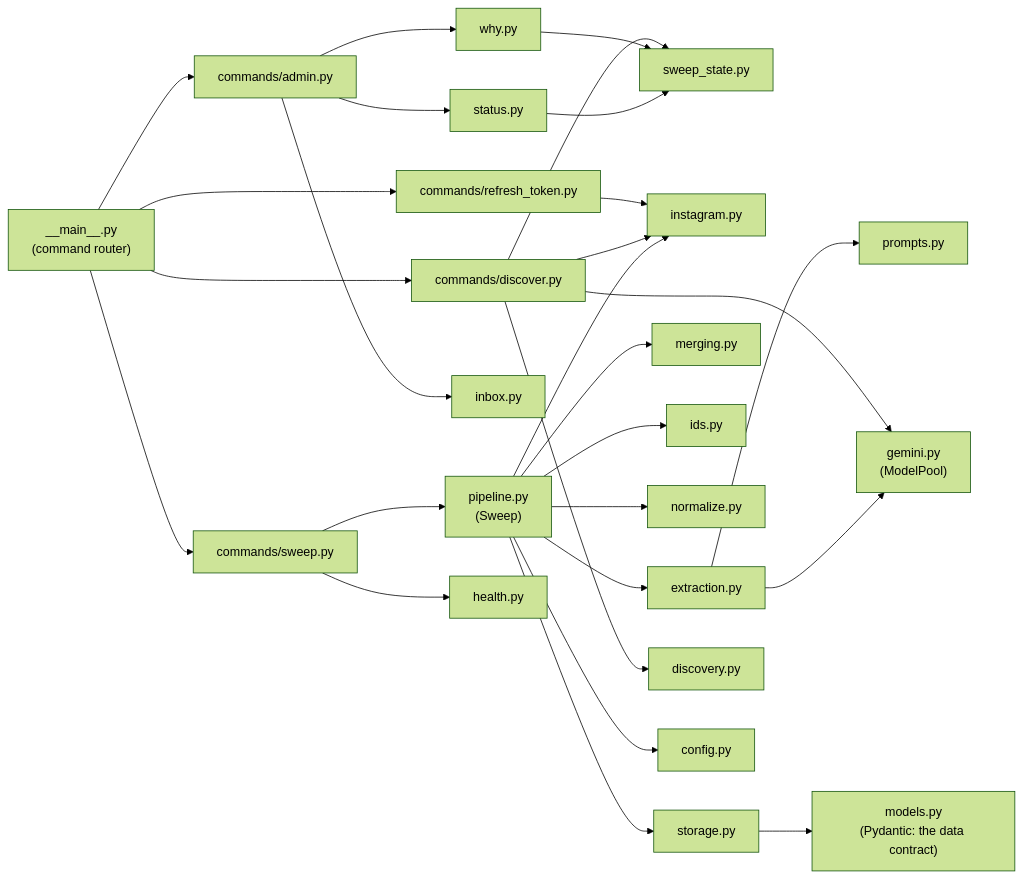
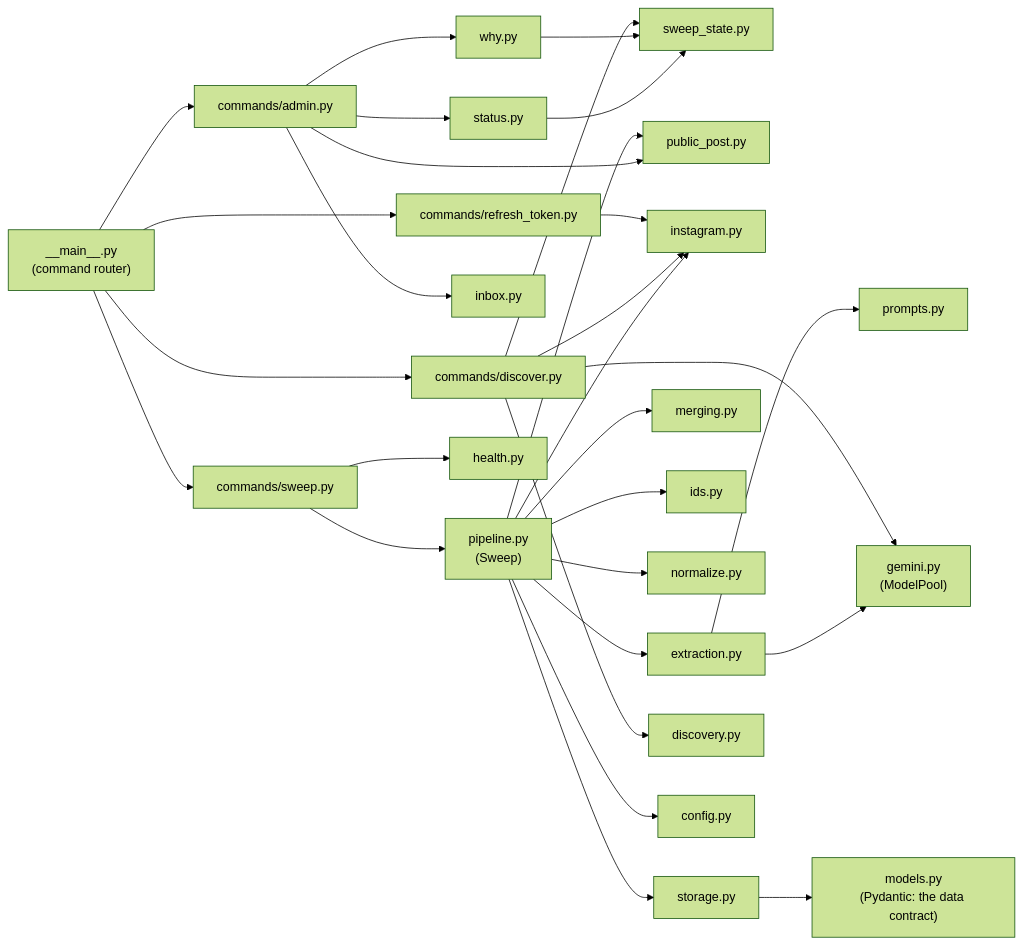
Before and after one commit to pa-bailar/backend: diagram 12 of 12 in docs/ARCHITECTURE.md, drawn with Mermaid (forest theme). The commit also changed other lines of this file and 1 other file, not shown here.

Commit message:
docs: the public post page fallback in add-post and why

````diff
--- a/docs/ARCHITECTURE.md
+++ b/docs/ARCHITECTURE.md
@@ -852,29 +865,31 @@
 ```mermaid
 flowchart LR
     MAIN["__main__.py<br/>(command router)"] --> SW["commands/sweep.py"]
     MAIN --> DI["commands/discover.py"]
     MAIN --> RT["commands/refresh_token.py"]
     MAIN --> AD["commands/admin.py"]
     AD --> ST["status.py"]
     ST --> SS["sweep_state.py"]
     AD --> WHY["why.py"]
     AD --> INB["inbox.py"]
+    AD --> PUB["public_post.py"]
+    PL --> PUB
     WHY --> SS
     DI --> SS
     SW --> PL["pipeline.py<br/>(Sweep)"]
     SW --> HE["health.py"]
     PL --> IGC["instagram.py"]
     PL --> EXT["extraction.py"]
     PL --> MER["merging.py"]
     PL --> IDS["ids.py"]
     PL --> NOR["normalize.py"]
     PL --> STO["storage.py"]
     EXT --> GEM["gemini.py<br/>(ModelPool)"]
     EXT --> PRO["prompts.py"]
     DI --> DIS["discovery.py"]
     DI --> IGC
     DI --> GEM
     RT --> IGC
     STO --> MOD["models.py<br/>(Pydantic: the data contract)"]
     PL --> CFG["config.py"]
 ```
````
